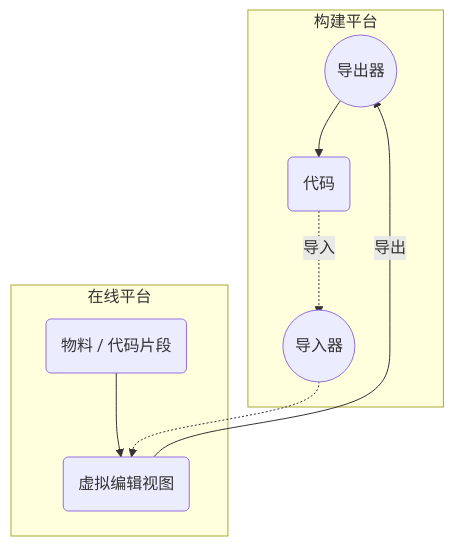
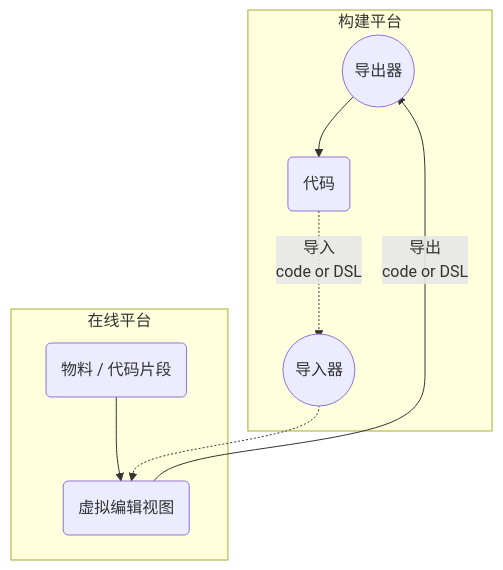
Before and after one commit to SpencerYang148/web-knowledge: the first of 2 diagrams in 工程化/低代码/实现思路/初步思路.md, drawn with Mermaid. The commit also changed other lines of this file and 2 other files, not shown here.

Commit message:
modify: 编辑低代码初步思路

````diff
--- a/工程化/低代码/实现思路/初步思路.md
+++ b/工程化/低代码/实现思路/初步思路.md
@@ -2,17 +2,17 @@
 ```mermaid
 flowchart TB
 subgraph 在线平台
 B(虚拟编辑视图)
 C(物料 / 代码片段)
 C --> B
 end
 subgraph 构建平台
 A(代码)
 2((导出器)):::processor
 3((导入器)):::processor
-B --导出--> 2
+B --导出\ncode or DSL--> 2
 2 --> A
-A -.导入.-> 3 -.-> B
+A -.导入\ncode or DSL.-> 3 -.-> B
 end
 classDef processor r:36px;
 ```
````
